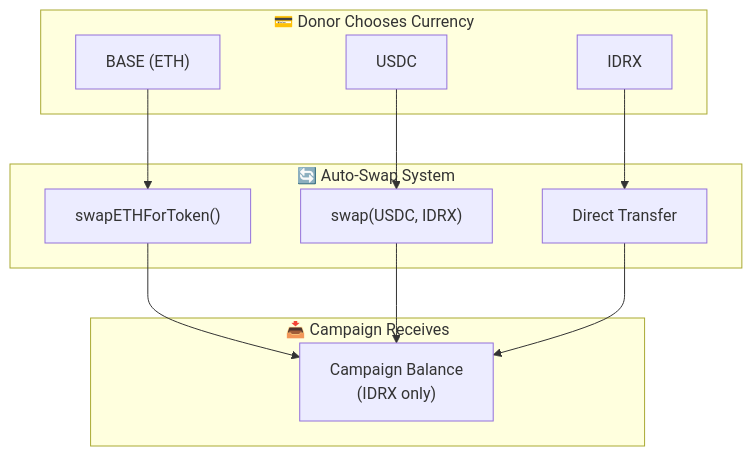
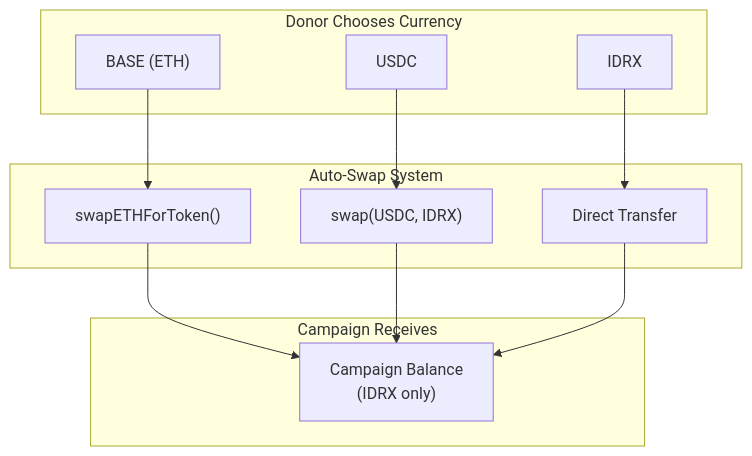
The fourth of 8 diagrams in pitching/Products/8. How CrowdFUNding Works.md (CrowdFUNding-Base/SC), drawn with Mermaid before and after one commit. The commit also changed other lines of this file and 12 other files, not shown here.

````diff
--- a/pitching/Products/8. How CrowdFUNding Works.md
+++ b/pitching/Products/8. How CrowdFUNding Works.md
@@ -116,22 +116,22 @@
 ```mermaid
 flowchart TB
-    subgraph Input["💳 Donor Chooses Currency"]
+    subgraph Input["Donor Chooses Currency"]
         BASE["BASE (ETH)"]
         USDC["USDC"]
         IDRX["IDRX"]
     end
 
-    subgraph Process["🔄 Auto-Swap System"]
+    subgraph Process["Auto-Swap System"]
         SwapETH["swapETHForToken()"]
         SwapUSDC["swap(USDC, IDRX)"]
         NoSwap["Direct Transfer"]
     end
 
-    subgraph Output["📥 Campaign Receives"]
+    subgraph Output["Campaign Receives"]
         Balance["Campaign Balance\n(IDRX only)"]
     end
 
     BASE --> SwapETH --> Balance
     USDC --> SwapUSDC --> Balance
     IDRX --> NoSwap --> Balance
 ```
````
